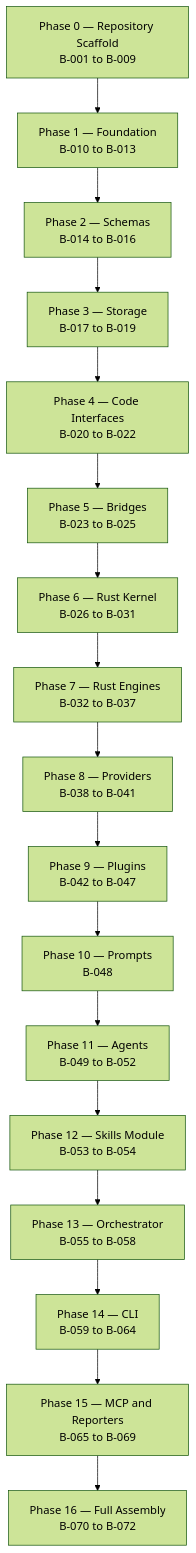
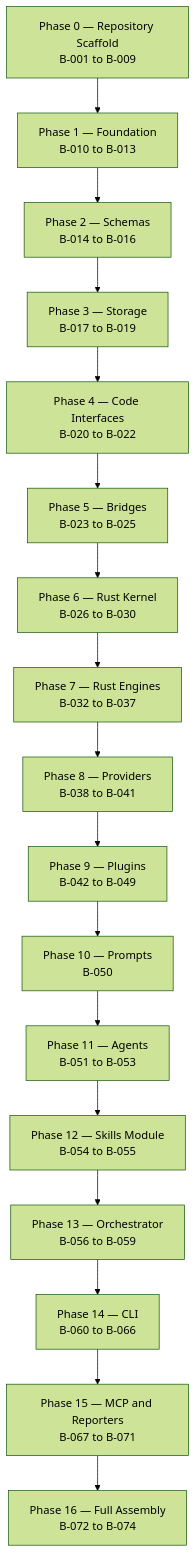
The diagram in BUILD_ORDER.md (arubara2021/CodeGuardian), drawn with Mermaid (forest theme) before and after one commit. The commit also changed other lines of this file and 4 other files, not shown here.

````diff
--- a/BUILD_ORDER.md
+++ b/BUILD_ORDER.md
@@ -89,23 +90,23 @@
 ```mermaid
 flowchart TB
     P0["Phase 0 — Repository Scaffold<br/>B-001 to B-009"]
     P1["Phase 1 — Foundation<br/>B-010 to B-013"]
     P2["Phase 2 — Schemas<br/>B-014 to B-016"]
     P3["Phase 3 — Storage<br/>B-017 to B-019"]
     P4["Phase 4 — Code Interfaces<br/>B-020 to B-022"]
     P5["Phase 5 — Bridges<br/>B-023 to B-025"]
-    P6["Phase 6 — Rust Kernel<br/>B-026 to B-031"]
+    P6["Phase 6 — Rust Kernel<br/>B-026 to B-030"]
     P7["Phase 7 — Rust Engines<br/>B-032 to B-037"]
     P8["Phase 8 — Providers<br/>B-038 to B-041"]
-    P9["Phase 9 — Plugins<br/>B-042 to B-047"]
-    P10["Phase 10 — Prompts<br/>B-048"]
-    P11["Phase 11 — Agents<br/>B-049 to B-052"]
-    P12["Phase 12 — Skills Module<br/>B-053 to B-054"]
-    P13["Phase 13 — Orchestrator<br/>B-055 to B-058"]
-    P14["Phase 14 — CLI<br/>B-059 to B-064"]
-    P15["Phase 15 — MCP and Reporters<br/>B-065 to B-069"]
-    P16["Phase 16 — Full Assembly<br/>B-070 to B-072"]
+    P9["Phase 9 — Plugins<br/>B-042 to B-049"]
+    P10["Phase 10 — Prompts<br/>B-050"]
+    P11["Phase 11 — Agents<br/>B-051 to B-053"]
+    P12["Phase 12 — Skills Module<br/>B-054 to B-055"]
+    P13["Phase 13 — Orchestrator<br/>B-056 to B-059"]
+    P14["Phase 14 — CLI<br/>B-060 to B-066"]
+    P15["Phase 15 — MCP and Reporters<br/>B-067 to B-071"]
+    P16["Phase 16 — Full Assembly<br/>B-072 to B-074"]
 
     P0 --> P1 --> P2 --> P3 --> P4 --> P5 --> P6 --> P7 --> P8
     P8 --> P9 --> P10 --> P11 --> P12 --> P13 --> P14 --> P15 --> P16
 ```
````
